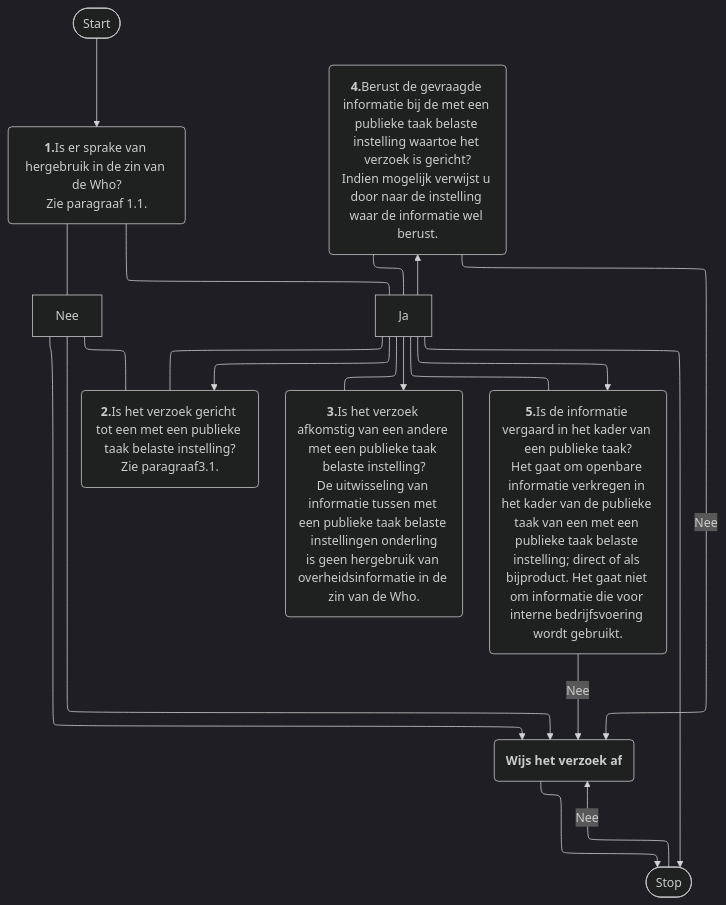
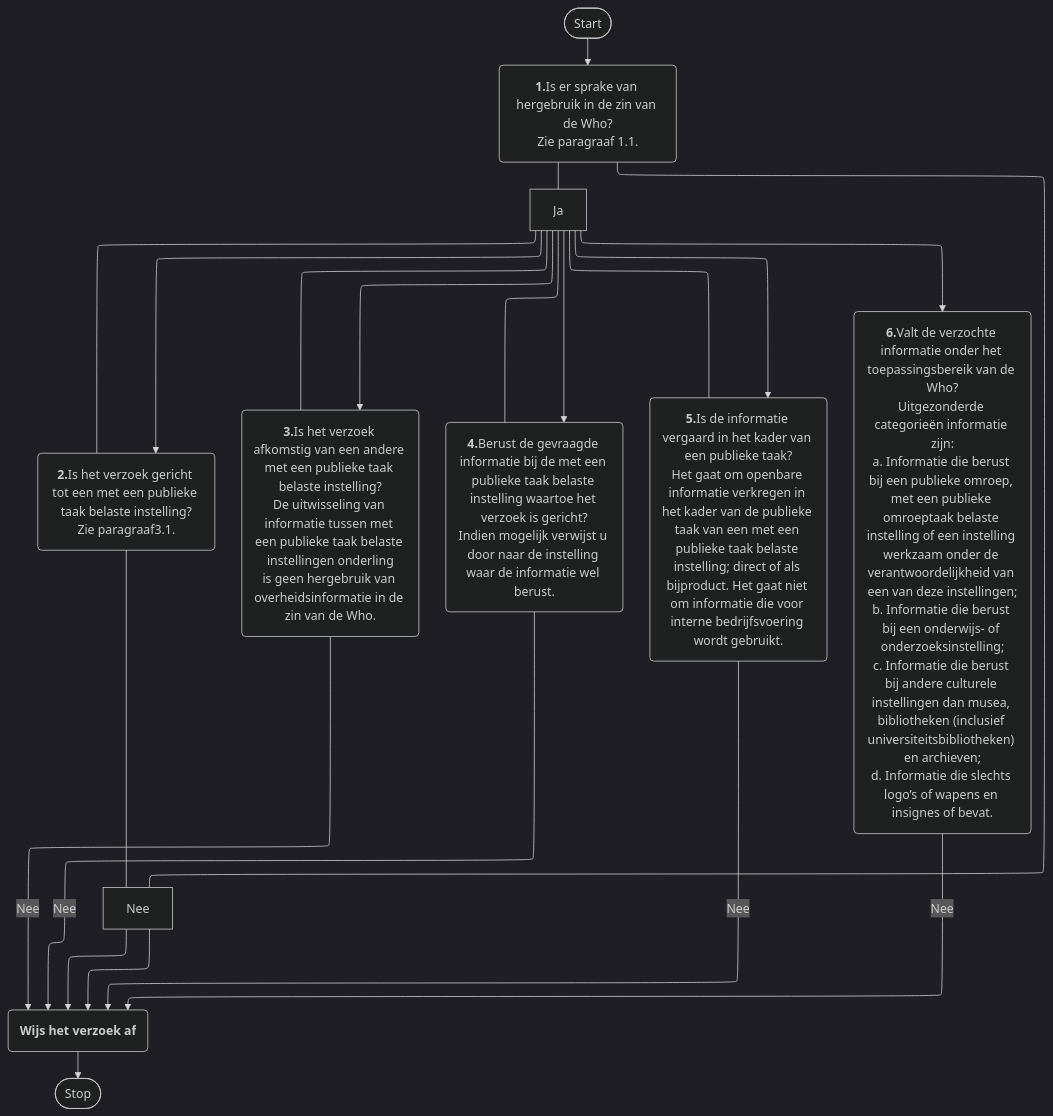
The first of 7 diagrams in werkt het nu.md (PSBsharp/test_respec2), drawn with Mermaid (dark theme) before and after one commit.

Commit message:
Update werkt het nu.md

````diff
--- a/werkt het nu.md
+++ b/werkt het nu.md
@@ -7,28 +7,18 @@
 ```mermaid
 %%{init: {"flowchart": {"defaultRenderer": "elk"}} }%%
 graph TD
     A([Start])---->B("<b>1.</b><br/>Is er sprake van hergebruik in de zin van de Who?<br/>Zie paragraaf 1.1.")
     B("<b>1.</b>Is er sprake van hergebruik in de zin van de Who?<br/>Zie paragraaf 1.1.")---Nee--->L("<b>Wijs het verzoek af</b>")
-    B("<b>1.</b>Is er sprake van hergebruik in de zin van de Who?<br/>Zie paragraaf 1.1.")---Ja--->
-    C("<b>2.</b>Is het verzoek gericht tot een met een publieke taak belaste instelling?<br/>Zie paragraaf3.1.")
+    B("<b>1.</b>Is er sprake van hergebruik in de zin van de Who?<br/>Zie paragraaf 1.1.")---Ja--->C("<b>2.</b>Is het verzoek gericht tot een met een publieke taak belaste instelling?<br/>Zie paragraaf3.1.")
     C("<b>2.</b>Is het verzoek gericht tot een met een publieke taak belaste instelling?<br/>Zie paragraaf3.1.")---Nee--->L("<b>Wijs het verzoek af</b>")
     C("<b>2.</b>Is het verzoek gericht tot een met een publieke taak belaste instelling?<br/>Zie paragraaf3.1.")
----Ja--->
-    D("<b>3.</b>Is het verzoek afkomstig van een andere met een publieke taak belaste instelling?<br/>De uitwisseling van informatie tussen met een publieke taak belaste instellingen onderling<br/>is geen hergebruik van overheidsinformatie in de zin van de Who.")
-     D("<b>3.</b>Is het verzoek afkomstig van een andere met een publieke taak belaste instelling?<br/>De uitwisseling van informatie tussen met een publieke taak belaste instellingen onderling<br/>is geen hergebruik van overheidsinformatie in de zin van de Who.")
-     D("<b>3.</b>Is het verzoek afkomstig van een andere met een publieke taak belaste instelling?<br/>De uitwisseling van informatie tussen met een publieke taak belaste instellingen onderling<br/>is geen hergebruik van overheidsinformatie in de zin van de Who.")---Ja--->
-    E("<b>4.</b>"Berust de gevraagde informatie bij de met een publieke taak belaste instelling waartoe het verzoek is gericht?<br/>Indien mogelijk verwijst u door naar de instelling waar de informatie wel berust.) 
+---Ja--->D("<b>3.</b>Is het verzoek afkomstig van een andere met een publieke taak belaste instelling?<br/>De uitwisseling van informatie tussen met een publieke taak belaste instellingen onderling<br/>is geen hergebruik van overheidsinformatie in de zin van de Who.")
+     D("<b>3.</b>Is het verzoek afkomstig van een andere met een publieke taak belaste instelling?<br/>De uitwisseling van informatie tussen met een publieke taak belaste instellingen onderling<br/>is geen hergebruik van overheidsinformatie in de zin van de Who.")--Nee--->L("<b>Wijs het verzoek af</b>")
+     D("<b>3.</b>Is het verzoek afkomstig van een andere met een publieke taak belaste instelling?<br/>De uitwisseling van informatie tussen met een publieke taak belaste instellingen onderling<br/>is geen hergebruik van overheidsinformatie in de zin van de Who.")---Ja--->E("<b>4.</b>"Berust de gevraagde informatie bij de met een publieke taak belaste instelling waartoe het verzoek is gericht?<br/>Indien mogelijk verwijst u door naar de instelling waar de informatie wel berust.) 
     E("<b>4.</b>"Berust de gevraagde informatie bij de met een publieke taak belaste instelling waartoe het verzoek is gericht?<br/>Indien mogelijk verwijst u door naar de instelling waar de informatie wel berust.)--Nee--->L("<b>Wijs het verzoek af</b>")
-    E("<b>4.</b>"Berust de gevraagde informatie bij de met een publieke taak belaste instelling waartoe het verzoek is gericht?<br/>Indien mogelijk verwijst u door naar de instelling waar de informatie wel berust.)---Ja--->
-    F("<b>5.</b>Is de informatie vergaard in het kader van een publieke taak?<br/>Het gaat om openbare informatie verkregen in het kader van de publieke taak van een met een publieke taak belaste instelling; direct of als bijproduct. Het gaat niet om informatie die voor interne bedrijfsvoering wordt gebruikt.")
+    E("<b>4.</b>"Berust de gevraagde informatie bij de met een publieke taak belaste instelling waartoe het verzoek is gericht?<br/>Indien mogelijk verwijst u door naar de instelling waar de informatie wel berust.)---Ja--->F("<b>5.</b>Is de informatie vergaard in het kader van een publieke taak?<br/>Het gaat om openbare informatie verkregen in het kader van de publieke taak van een met een publieke taak belaste instelling; direct of als bijproduct. Het gaat niet om informatie die voor interne bedrijfsvoering wordt gebruikt.")
     F("<b>5.</b>Is de informatie vergaard in het kader van een publieke taak?<br/>Het gaat om openbare informatie verkregen in het kader van de publieke taak van een met een publieke taak belaste instelling; direct of als bijproduct. Het gaat niet om informatie die voor interne bedrijfsvoering wordt gebruikt.")--Nee--->L("<b>Wijs het verzoek af</b>")
-     F("<b>5.</b>Is de informatie vergaard in het kader van een publieke taak?<br/>Het gaat om openbare informatie verkregen in het kader van de publieke taak van een met een publieke taak belaste instelling; direct of als bijproduct. Het gaat niet om informatie die voor interne bedrijfsvoering wordt gebruikt.")---Ja--->
-    G("<b>6.</b>Valt de verzochte informatie onder het toepassingsbereik van de Who?<br/>Uitgezonderde categorieën informatie zijn:<br/>a. Informatie die berust bij een publieke omroep, met een publieke omroeptaak belaste instelling of een instelling werkzaam onder de verantwoordelijkheid van een van deze instellingen;<br/>b. Informatie die berust bij een onderwijs- of onderzoeksinstelling;<br/>c. Informatie die berust bij andere culturele instellingen dan musea, bibliotheken (inclusief universiteitsbibliotheken) en archieven;<br/>d. Informatie die slechts logo’s of wapens en insignes of bevat.")
+     F("<b>5.</b>Is de informatie vergaard in het kader van een publieke taak?<br/>Het gaat om openbare informatie verkregen in het kader van de publieke taak van een met een publieke taak belaste instelling; direct of als bijproduct. Het gaat niet om informatie die voor interne bedrijfsvoering wordt gebruikt.")---Ja--->G("<b>6.</b>Valt de verzochte informatie onder het toepassingsbereik van de Who?<br/>Uitgezonderde categorieën informatie zijn:<br/>a. Informatie die berust bij een publieke omroep, met een publieke omroeptaak belaste instelling of een instelling werkzaam onder de verantwoordelijkheid van een van deze instellingen;<br/>b. Informatie die berust bij een onderwijs- of onderzoeksinstelling;<br/>c. Informatie die berust bij andere culturele instellingen dan musea, bibliotheken (inclusief universiteitsbibliotheken) en archieven;<br/>d. Informatie die slechts logo’s of wapens en insignes of bevat.")
     G("<b>6.</b>Valt de verzochte informatie onder het toepassingsbereik van de Who?<br/>Uitgezonderde categorieën informatie zijn:<br/>a. Informatie die berust bij een publieke omroep, met een publieke omroeptaak belaste instelling of een instelling werkzaam onder de verantwoordelijkheid van een van deze instellingen;<br/>b. Informatie die berust bij een onderwijs- of onderzoeksinstelling;<br/>c. Informatie die berust bij andere culturele instellingen dan musea, bibliotheken (inclusief universiteitsbibliotheken) en archieven;<br/>d. Informatie die slechts logo’s of wapens en insignes of bevat.")--Nee--->L("<b>Wijs het verzoek af</b>")
-
-
-
-
-
----->G([Stop])
+---->X([Stop])
 ```
````
